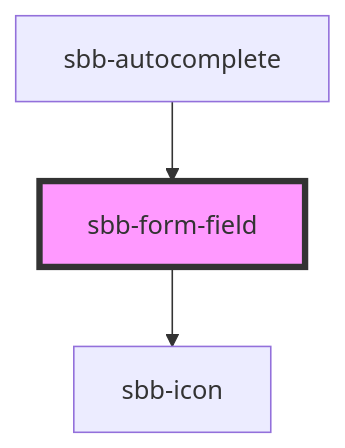
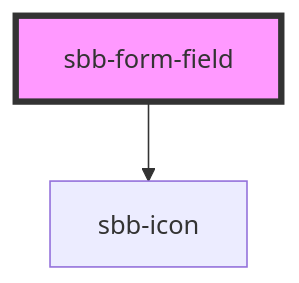
One commit to sbb-design-systems/lyne-components changed the diagram in src/components/sbb-form-field/readme.md. Above: the diagram before and after it, drawn with Mermaid. The commit also changed other lines of this file and 18 other files, not shown here.

Commit message:
chore(sbb-autocomplete): delete old component implementation

````diff
--- a/src/components/sbb-form-field/readme.md
+++ b/src/components/sbb-form-field/readme.md
@@ -116,6 +112,5 @@
 ```mermaid
 graph TD;
   sbb-form-field --> sbb-icon
-  sbb-autocomplete --> sbb-form-field
   style sbb-form-field fill:#f9f,stroke:#333,stroke-width:4px
 ```
````
